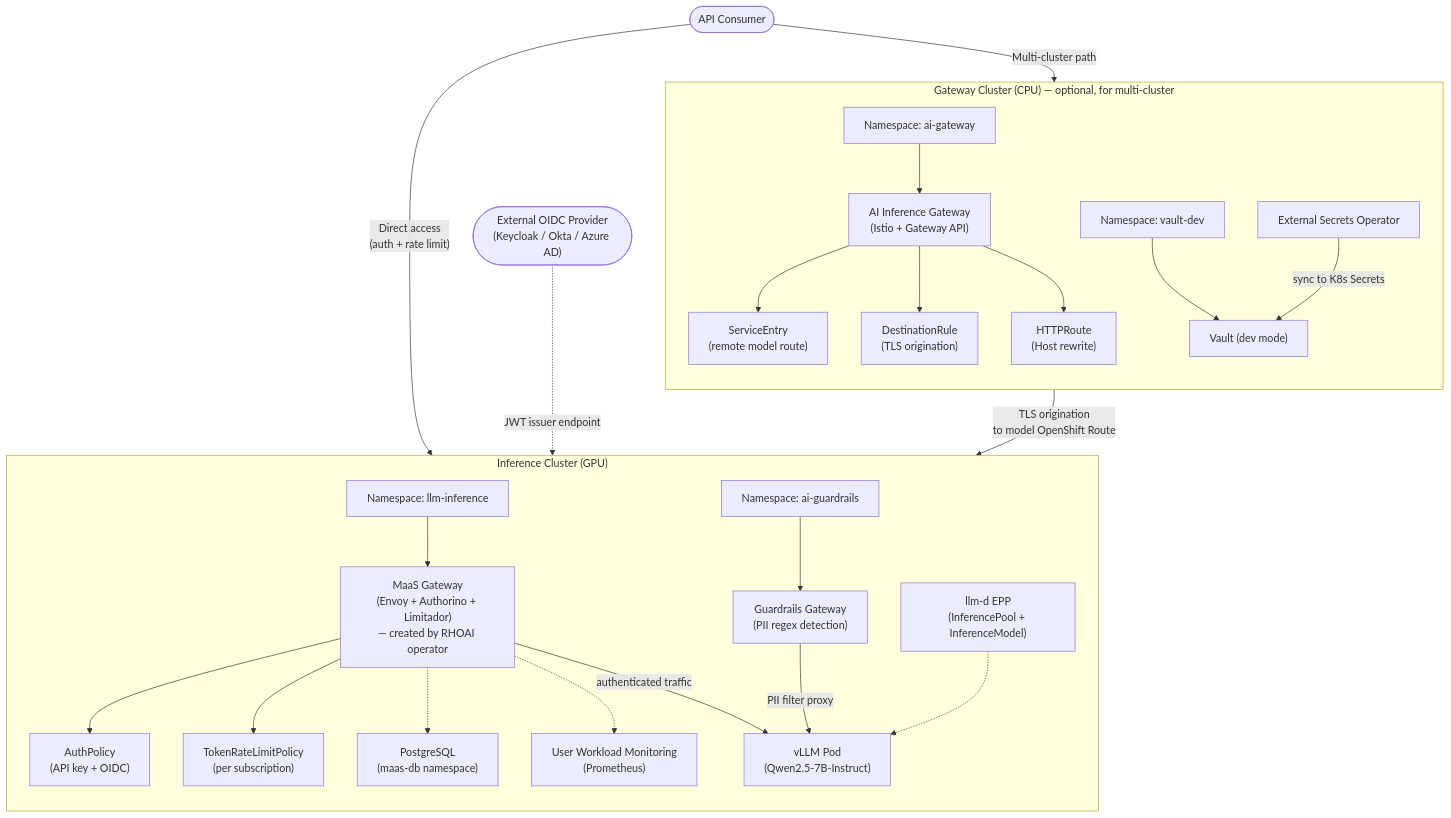
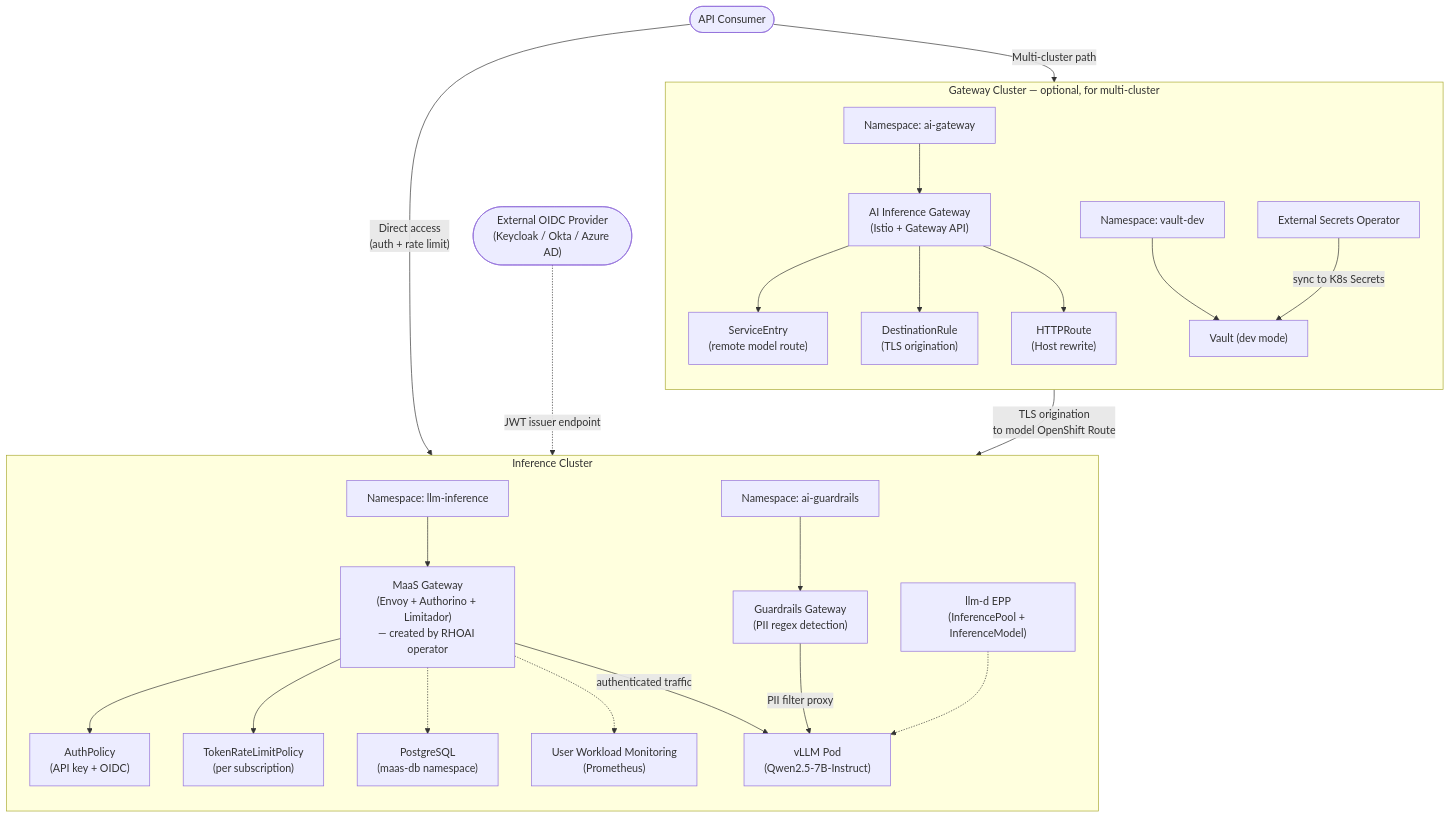
One commit to rrbanda/maas-demo changed the first of 2 diagrams in docs/architecture.md. Above: the diagram before and after it, drawn with Mermaid. The commit also changed other lines of this file and 3 other files, not shown here.

First line of the commit message:
fix: remove CPU/GPU cluster labels — both clusters have GPUs

````diff
--- a/docs/architecture.md
+++ b/docs/architecture.md
@@ -13,52 +13,52 @@
 ```mermaid
 flowchart TB
-    subgraph GWCluster["Gateway Cluster (CPU) — optional, for multi-cluster"]
+    subgraph GWCluster["Gateway Cluster — optional, for multi-cluster"]
         direction TB
         NS1["Namespace: ai-gateway"]
         AIGw["AI Inference Gateway<br/>(Istio + Gateway API)"]
         SE["ServiceEntry<br/>(remote model route)"]
         DR["DestinationRule<br/>(TLS origination)"]
         HR["HTTPRoute<br/>(Host rewrite)"]
         VaultNS["Namespace: vault-dev"]
         VaultPod["Vault (dev mode)"]
         ESO["External Secrets Operator"]
 
         NS1 --> AIGw
         AIGw --> SE
         AIGw --> DR
         AIGw --> HR
         VaultNS --> VaultPod
         ESO -->|"sync to K8s Secrets"| VaultPod
     end
 
-    subgraph InfCluster["Inference Cluster (GPU)"]
+    subgraph InfCluster["Inference Cluster"]
         direction TB
         NS2["Namespace: llm-inference"]
         MaaS["MaaS Gateway<br/>(Envoy + Authorino + Limitador)<br/>— created by RHOAI operator"]
         AuthP["AuthPolicy<br/>(API key + OIDC)"]
         RLP["TokenRateLimitPolicy<br/>(per subscription)"]
         NS3["Namespace: ai-guardrails"]
         Guard["Guardrails Gateway<br/>(PII regex detection)"]
         EPP["llm-d EPP<br/>(InferencePool + InferenceModel)"]
         Model["vLLM Pod<br/>(Qwen2.5-7B-Instruct)"]
         PG["PostgreSQL<br/>(maas-db namespace)"]
         Mon["User Workload Monitoring<br/>(Prometheus)"]
 
         NS2 --> MaaS
         MaaS --> AuthP
         MaaS --> RLP
         NS3 --> Guard
         EPP -.-> Model
         MaaS -.-> PG
         MaaS -.-> Mon
     end
 
     ExtIdP(["External OIDC Provider<br/>(Keycloak / Okta / Azure AD)"])
 
     Client(["API Consumer"]) -->|"Direct access<br/>(auth + rate limit)"| MaaS
     Client -->|"Multi-cluster path"| AIGw
     AIGw -->|"TLS origination<br/>to model OpenShift Route"| Model
     MaaS -->|"authenticated traffic"| Model
     Guard -->|"PII filter proxy"| Model
     ExtIdP -.->|"JWT issuer endpoint"| AuthP
 ```
````
